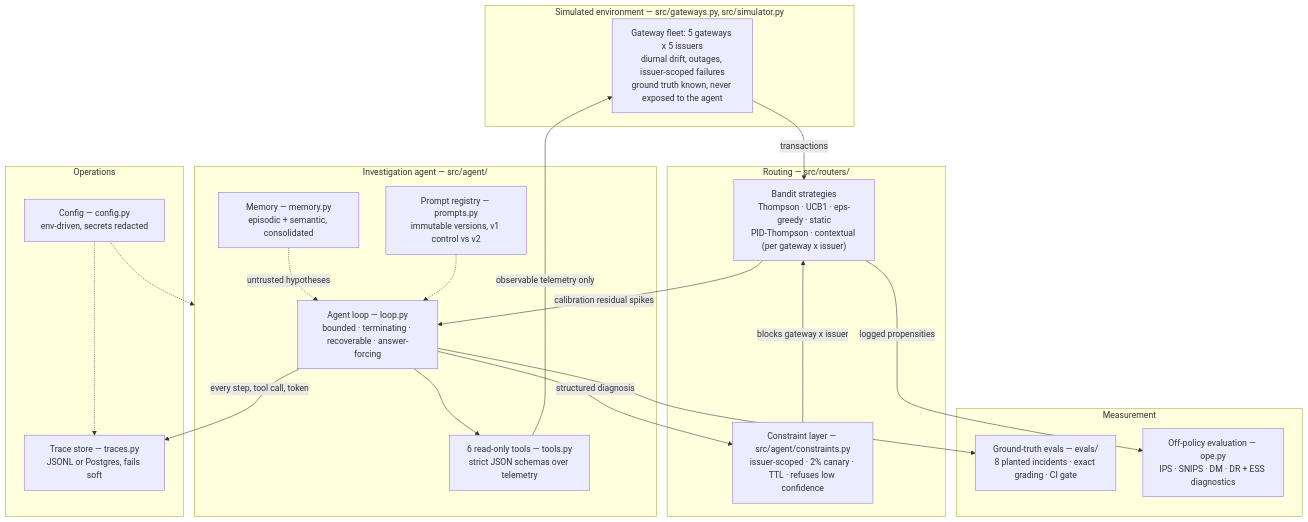
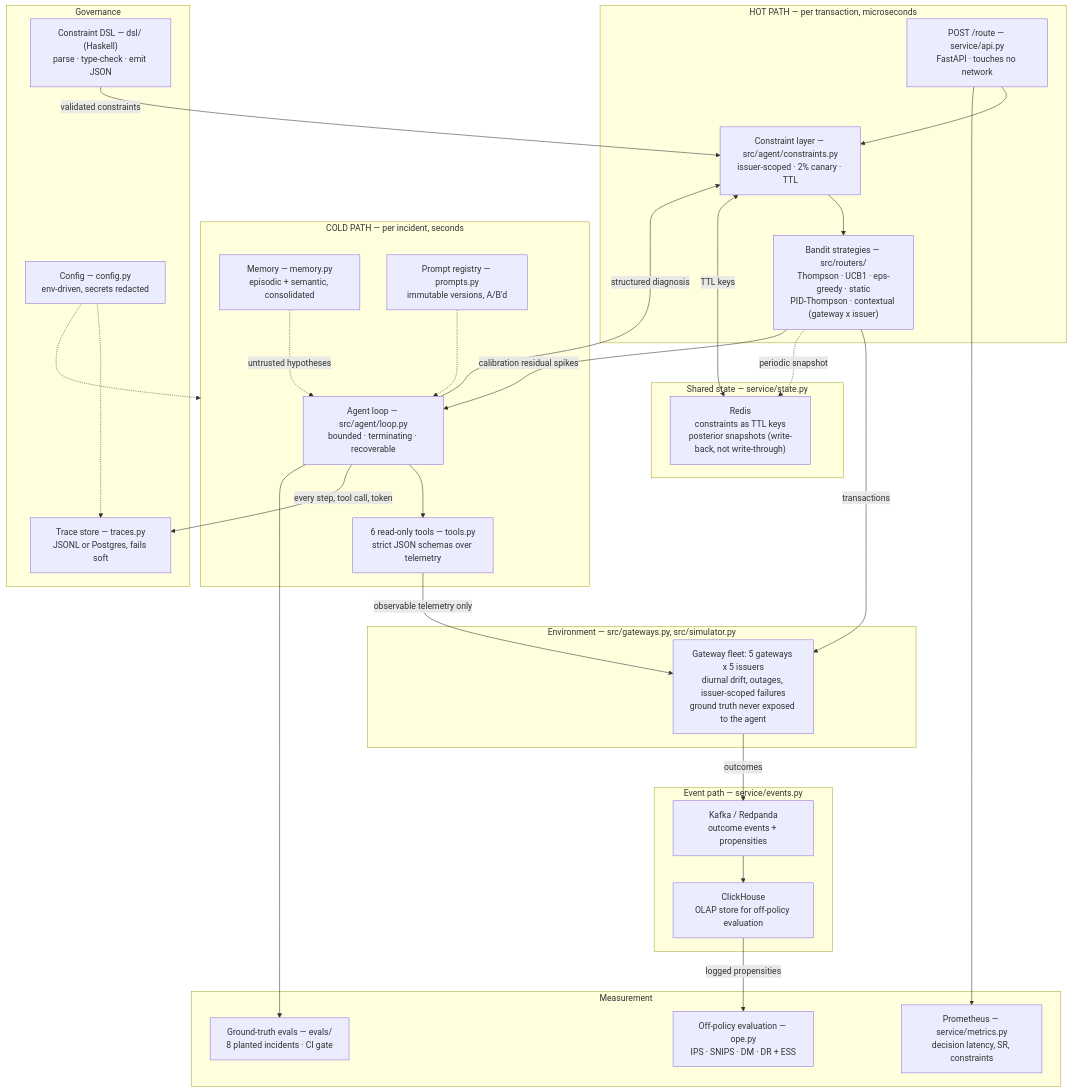
The diagram in README.md (ShauryaaSharma/Juspay-Payment-Routing-Optimizer), drawn with Mermaid before and after one commit. The commit also changed other lines of this file, not shown here.

````diff
--- a/README.md
+++ b/README.md
@@ -74,42 +75,62 @@
 ```mermaid
 flowchart TB
-    subgraph ENV["Simulated environment — src/gateways.py, src/simulator.py"]
-        FLEET["Gateway fleet: 5 gateways x 5 issuers<br/>diurnal drift, outages, issuer-scoped failures<br/>ground truth known, never exposed to the agent"]
+    subgraph HOT["HOT PATH — per transaction, microseconds"]
+        API["POST /route — service/api.py<br/>FastAPI · touches no network"]
+        BANDIT["Bandit strategies — src/routers/<br/>Thompson · UCB1 · eps-greedy · static<br/>PID-Thompson · contextual (gateway x issuer)"]
+        CONSTRAINT["Constraint layer — src/agent/constraints.py<br/>issuer-scoped · 2% canary · TTL"]
     end
 
-    subgraph ROUTING["Routing — src/routers/"]
-        BANDIT["Bandit strategies<br/>Thompson · UCB1 · eps-greedy · static<br/>PID-Thompson · contextual (per gateway x issuer)"]
-        CONSTRAINT["Constraint layer — src/agent/constraints.py<br/>issuer-scoped · 2% canary · TTL · refuses low confidence"]
+    subgraph COLD["COLD PATH — per incident, seconds"]
+        LOOP["Agent loop — src/agent/loop.py<br/>bounded · terminating · recoverable"]
+        TOOLS["6 read-only tools — tools.py<br/>strict JSON schemas over telemetry"]
+        MEM["Memory — memory.py<br/>episodic + semantic, consolidated"]
+        PROMPT["Prompt registry — prompts.py<br/>immutable versions, A/B'd"]
     end
 
-    subgraph AGENT["Investigation agent — src/agent/"]
-        LOOP["Agent loop — loop.py<br/>bounded · terminating · recoverable · answer-forcing"]
-        TOOLS["6 read-only tools — tools.py<br/>strict JSON schemas over telemetry"]
-        MEM["Memory — memory.py<br/>episodic + semantic, consolidated"]
-        PROMPT["Prompt registry — prompts.py<br/>immutable versions, v1 control vs v2"]
+    subgraph ENV["Environment — src/gateways.py, src/simulator.py"]
+        FLEET["Gateway fleet: 5 gateways x 5 issuers<br/>diurnal drift, outages, issuer-scoped failures<br/>ground truth never exposed to the agent"]
+    end
+
+    subgraph STATE["Shared state — service/state.py"]
+        REDIS["Redis<br/>constraints as TTL keys<br/>posterior snapshots (write-back, not write-through)"]
+    end
+
+    subgraph STREAM["Event path — service/events.py"]
+        KAFKA["Kafka / Redpanda<br/>outcome events + propensities"]
+        CH["ClickHouse<br/>OLAP store for off-policy evaluation"]
     end
 
     subgraph MEASURE["Measurement"]
-        EVALS["Ground-truth evals — evals/<br/>8 planted incidents · exact grading · CI gate"]
-        OPE["Off-policy evaluation — ope.py<br/>IPS · SNIPS · DM · DR + ESS diagnostics"]
+        EVALS["Ground-truth evals — evals/<br/>8 planted incidents · CI gate"]
+        OPE["Off-policy evaluation — ope.py<br/>IPS · SNIPS · DM · DR + ESS"]
+        PROM["Prometheus — service/metrics.py<br/>decision latency, SR, constraints"]
     end
 
-    subgraph OPS["Operations"]
+    subgraph GOV["Governance"]
+        DSL["Constraint DSL — dsl/ (Haskell)<br/>parse · type-check · emit JSON"]
         TRACE["Trace store — traces.py<br/>JSONL or Postgres, fails soft"]
         CONF["Config — config.py<br/>env-driven, secrets redacted"]
     end
 
-    FLEET -->|transactions| BANDIT
+    API --> CONSTRAINT
+    CONSTRAINT --> BANDIT
+    BANDIT -->|transactions| FLEET
+    FLEET -->|outcomes| KAFKA
+    KAFKA --> CH
+    CH -->|logged propensities| OPE
+    CONSTRAINT <-->|TTL keys| REDIS
+    BANDIT -.->|periodic snapshot| REDIS
+    API --> PROM
+
     BANDIT -->|"calibration residual spikes"| LOOP
     LOOP --> TOOLS
     TOOLS -->|"observable telemetry only"| FLEET
     MEM -.->|untrusted hypotheses| LOOP
     PROMPT -.-> LOOP
     LOOP -->|structured diagnosis| CONSTRAINT
-    CONSTRAINT -->|blocks gateway x issuer| BANDIT
     LOOP -->|every step, tool call, token| TRACE
     LOOP --> EVALS
-    BANDIT -->|logged propensities| OPE
-    CONF -.-> AGENT
+    DSL -->|validated constraints| CONSTRAINT
+    CONF -.-> COLD
     CONF -.-> TRACE
 ```
````
